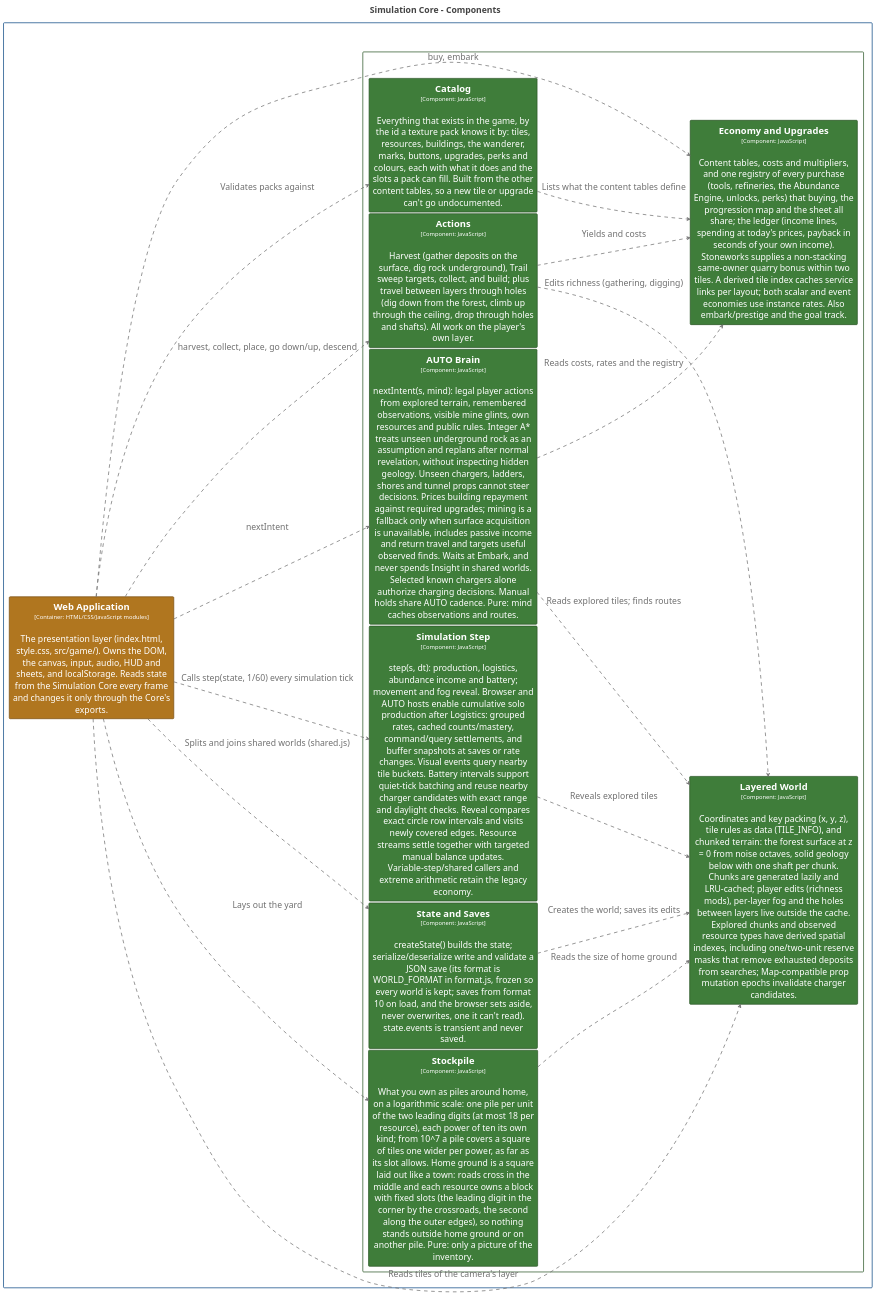
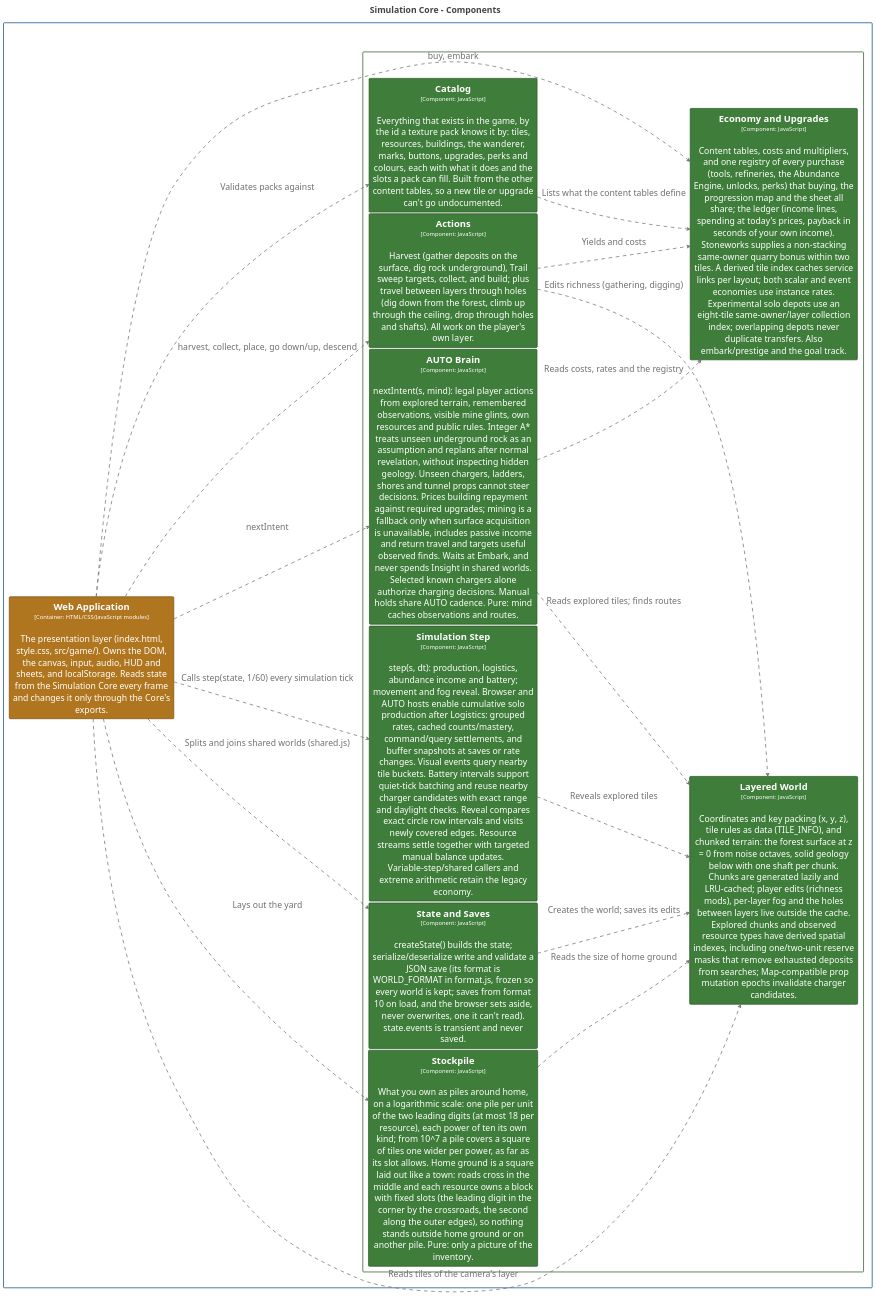
Before and after one commit to bitkojine/more-than-enough: the diagram in structurizr/diagrams/CoreComponents.puml, drawn with PlantUML. The commit also changed 45 other files, not shown here.

Commit message:
Prototype physical collection depots with indexed local hauling

```diff
--- a/structurizr/diagrams/CoreComponents.puml
+++ b/structurizr/diagrams/CoreComponents.puml
@@ -2,104 +2,104 @@
 @startuml
 title <size:24>Simulation Core - Components</size>
 
 set separator none
 left to right direction
 skinparam ranksep 20
 skinparam nodesep 5
 hide stereotype
 
 <style>
   root {
     BackgroundColor: #ffffff;
     FontColor: #444444;
   }
   // Element,Component,Core Engine
   .Element-RWxlbWVudCxDb21wb25lbnQsQ29yZSBFbmdpbmU= {
     BackgroundColor: #3f7d3a;
     LineColor: #2c5728;
     LineStyle: 0;
     LineThickness: 2;
     FontColor: #ffffff;
     FontSize: 24;
     HorizontalAlignment: center;
     Shadowing: 0;
     MaximumWidth: 450;
   }
   // Element,Container,Presentation
   .Element-RWxlbWVudCxDb250YWluZXIsUHJlc2VudGF0aW9u {
     BackgroundColor: #b0761f;
     LineColor: #7b5215;
     LineStyle: 0;
     LineThickness: 2;
     FontColor: #ffffff;
     FontSize: 24;
     HorizontalAlignment: center;
     Shadowing: 0;
     MaximumWidth: 450;
   }
   // Relationship
   .Relationship-UmVsYXRpb25zaGlw {
     LineThickness: 2;
     LineStyle: 10-10;
     LineColor: #707070;
     FontColor: #707070;
     FontSize: 24;
     MaximumWidth: 200;
   }
   // MORE THAN ENOUGH
   .Boundary-TU9SRSBUSEFOIEVOT1VHSA== {
     BackgroundColor: #ffffff;
     LineColor: #0b4884;
     LineStyle: 0;
     LineThickness: 2;
     FontColor: #ffffff;
     FontSize: 24;
     HorizontalAlignment: center;
     Shadowing: 0;
   }
   // Simulation Core
   .Boundary-U2ltdWxhdGlvbiBDb3Jl {
     BackgroundColor: #ffffff;
     LineColor: #2c5728;
     LineStyle: 0;
     LineThickness: 2;
     FontColor: #ffffff;
     FontSize: 24;
     HorizontalAlignment: center;
     Shadowing: 0;
   }
 </style>
 
 rectangle "MORE THAN ENOUGH\n<size:16>[Software System]</size>" <<Boundary-TU9SRSBUSEFOIEVOT1VHSA==>> {
   rectangle "Simulation Core\n<size:16>[Container: JavaScript modules (browser + Node)]</size>" <<Boundary-U2ltdWxhdGlvbiBDb3Jl>> {
     rectangle "==Layered World\n<size:16>[Component: JavaScript]</size>\n\nCoordinates and key packing (x, y, z), tile rules as data (TILE_INFO), and chunked terrain: the forest surface at z = 0 from noise octaves, solid geology below with one shaft per chunk. Chunks are generated lazily and LRU-cached; player edits (richness mods), per-layer fog and the holes between layers live outside the cache. Explored chunks and observed resource types have derived spatial indexes, including one/two-unit reserve masks that remove exhausted deposits from searches; Map-compatible prop mutation epochs invalidate charger candidates." <<Element-RWxlbWVudCxDb21wb25lbnQsQ29yZSBFbmdpbmU=>> as MORETHANENOUGH.SimulationCore.LayeredWorld
     rectangle "==State and Saves\n<size:16>[Component: JavaScript]</size>\n\ncreateState() builds the state; serialize/deserialize write and validate a JSON save (its format is WORLD_FORMAT in format.js, frozen so every world is kept; saves from format 10 on load, and the browser sets aside, never overwrites, one it can't read). state.events is transient and never saved." <<Element-RWxlbWVudCxDb21wb25lbnQsQ29yZSBFbmdpbmU=>> as MORETHANENOUGH.SimulationCore.StateandSaves
     rectangle "==Simulation Step\n<size:16>[Component: JavaScript]</size>\n\nstep(s, dt): production, logistics, abundance income and battery; movement and fog reveal. Browser and AUTO hosts enable cumulative solo production after Logistics: grouped rates, cached counts/mastery, command/query settlements, and buffer snapshots at saves or rate changes. Visual events query nearby tile buckets. Battery intervals support quiet-tick batching and reuse nearby charger candidates with exact range and daylight checks. Reveal compares exact circle row intervals and visits newly covered edges. Resource streams settle together with targeted manual balance updates. Variable-step/shared callers and extreme arithmetic retain the legacy economy." <<Element-RWxlbWVudCxDb21wb25lbnQsQ29yZSBFbmdpbmU=>> as MORETHANENOUGH.SimulationCore.SimulationStep
     rectangle "==Actions\n<size:16>[Component: JavaScript]</size>\n\nHarvest (gather deposits on the surface, dig rock underground), Trail sweep targets, collect, and build; plus travel between layers through holes (dig down from the forest, climb up through the ceiling, drop through holes and shafts). All work on the player's own layer." <<Element-RWxlbWVudCxDb21wb25lbnQsQ29yZSBFbmdpbmU=>> as MORETHANENOUGH.SimulationCore.Actions
     rectangle "==AUTO Brain\n<size:16>[Component: JavaScript]</size>\n\nnextIntent(s, mind): legal player actions from explored terrain, remembered observations, visible mine glints, own resources and public rules. Integer A* treats unseen underground rock as an assumption and replans after normal revelation, without inspecting hidden geology. Unseen chargers, ladders, shores and tunnel props cannot steer decisions. Prices building repayment against required upgrades; mining is a fallback only when surface acquisition is unavailable, includes passive income and return travel and targets useful observed finds. Waits at Embark, and never spends Insight in shared worlds. Selected known chargers alone authorize charging decisions. Manual holds share AUTO cadence. Pure: mind caches observations and routes." <<Element-RWxlbWVudCxDb21wb25lbnQsQ29yZSBFbmdpbmU=>> as MORETHANENOUGH.SimulationCore.AUTOBrain
     rectangle "==Stockpile\n<size:16>[Component: JavaScript]</size>\n\nWhat you own as piles around home, on a logarithmic scale: one pile per unit of the two leading digits (at most 18 per resource), each power of ten its own kind; from 10^7 a pile covers a square of tiles one wider per power, as far as its slot allows. Home ground is a square laid out like a town: roads cross in the middle and each resource owns a block with fixed slots (the leading digit in the corner by the crossroads, the second along the outer edges), so nothing stands outside home ground or on another pile. Pure: only a picture of the inventory." <<Element-RWxlbWVudCxDb21wb25lbnQsQ29yZSBFbmdpbmU=>> as MORETHANENOUGH.SimulationCore.Stockpile
     rectangle "==Catalog\n<size:16>[Component: JavaScript]</size>\n\nEverything that exists in the game, by the id a texture pack knows it by: tiles, resources, buildings, the wanderer, marks, buttons, upgrades, perks and colours, each with what it does and the slots a pack can fill. Built from the other content tables, so a new tile or upgrade can't go undocumented." <<Element-RWxlbWVudCxDb21wb25lbnQsQ29yZSBFbmdpbmU=>> as MORETHANENOUGH.SimulationCore.Catalog
-    rectangle "==Economy and Upgrades\n<size:16>[Component: JavaScript]</size>\n\nContent tables, costs and multipliers, and one registry of every purchase (tools, refineries, the Abundance Engine, unlocks, perks) that buying, the progression map and the sheet all share; the ledger (income lines, spending at today's prices, payback in seconds of your own income). Stoneworks supplies a non-stacking same-owner quarry bonus within two tiles. A derived tile index caches service links per layout; both scalar and event economies use instance rates. Also embark/prestige and the goal track." <<Element-RWxlbWVudCxDb21wb25lbnQsQ29yZSBFbmdpbmU=>> as MORETHANENOUGH.SimulationCore.EconomyandUpgrades
+    rectangle "==Economy and Upgrades\n<size:16>[Component: JavaScript]</size>\n\nContent tables, costs and multipliers, and one registry of every purchase (tools, refineries, the Abundance Engine, unlocks, perks) that buying, the progression map and the sheet all share; the ledger (income lines, spending at today's prices, payback in seconds of your own income). Stoneworks supplies a non-stacking same-owner quarry bonus within two tiles. A derived tile index caches service links per layout; both scalar and event economies use instance rates. Experimental solo depots use an eight-tile same-owner/layer collection index; overlapping depots never duplicate transfers. Also embark/prestige and the goal track." <<Element-RWxlbWVudCxDb21wb25lbnQsQ29yZSBFbmdpbmU=>> as MORETHANENOUGH.SimulationCore.EconomyandUpgrades
   }
 
   rectangle "==Web Application\n<size:16>[Container: HTML/CSS/JavaScript modules]</size>\n\nThe presentation layer (index.html, style.css, src/game/). Owns the DOM, the canvas, input, audio, HUD and sheets, and localStorage. Reads state from the Simulation Core every frame and changes it only through the Core's exports." <<Element-RWxlbWVudCxDb250YWluZXIsUHJlc2VudGF0aW9u>> as MORETHANENOUGH.WebApplication
 }
 
 MORETHANENOUGH.WebApplication --> MORETHANENOUGH.SimulationCore.Stockpile <<Relationship-UmVsYXRpb25zaGlw>> : "Lays out the yard"
 MORETHANENOUGH.SimulationCore.Stockpile --> MORETHANENOUGH.SimulationCore.LayeredWorld <<Relationship-UmVsYXRpb25zaGlw>> : "Reads the size of home ground"
 MORETHANENOUGH.WebApplication --> MORETHANENOUGH.SimulationCore.Catalog <<Relationship-UmVsYXRpb25zaGlw>> : "Validates packs against"
 MORETHANENOUGH.SimulationCore.Catalog --> MORETHANENOUGH.SimulationCore.EconomyandUpgrades <<Relationship-UmVsYXRpb25zaGlw>> : "Lists what the content tables define"
 MORETHANENOUGH.SimulationCore.SimulationStep --> MORETHANENOUGH.SimulationCore.LayeredWorld <<Relationship-UmVsYXRpb25zaGlw>> : "Reveals explored tiles"
 MORETHANENOUGH.SimulationCore.Actions --> MORETHANENOUGH.SimulationCore.LayeredWorld <<Relationship-UmVsYXRpb25zaGlw>> : "Edits richness (gathering, digging)"
 MORETHANENOUGH.SimulationCore.Actions --> MORETHANENOUGH.SimulationCore.EconomyandUpgrades <<Relationship-UmVsYXRpb25zaGlw>> : "Yields and costs"
 MORETHANENOUGH.SimulationCore.StateandSaves --> MORETHANENOUGH.SimulationCore.LayeredWorld <<Relationship-UmVsYXRpb25zaGlw>> : "Creates the world; saves its edits"
 MORETHANENOUGH.WebApplication --> MORETHANENOUGH.SimulationCore.StateandSaves <<Relationship-UmVsYXRpb25zaGlw>> : "Splits and joins shared worlds (shared.js)"
 MORETHANENOUGH.WebApplication --> MORETHANENOUGH.SimulationCore.AUTOBrain <<Relationship-UmVsYXRpb25zaGlw>> : "nextIntent"
 MORETHANENOUGH.SimulationCore.AUTOBrain --> MORETHANENOUGH.SimulationCore.LayeredWorld <<Relationship-UmVsYXRpb25zaGlw>> : "Reads explored tiles; finds routes"
 MORETHANENOUGH.SimulationCore.AUTOBrain --> MORETHANENOUGH.SimulationCore.EconomyandUpgrades <<Relationship-UmVsYXRpb25zaGlw>> : "Reads costs, rates and the registry"
 MORETHANENOUGH.WebApplication --> MORETHANENOUGH.SimulationCore.SimulationStep <<Relationship-UmVsYXRpb25zaGlw>> : "Calls step(state, 1/60) every simulation tick"
 MORETHANENOUGH.WebApplication --> MORETHANENOUGH.SimulationCore.Actions <<Relationship-UmVsYXRpb25zaGlw>> : "harvest, collect, place, go down/up, descend"
 MORETHANENOUGH.WebApplication --> MORETHANENOUGH.SimulationCore.EconomyandUpgrades <<Relationship-UmVsYXRpb25zaGlw>> : "buy, embark"
 MORETHANENOUGH.WebApplication --> MORETHANENOUGH.SimulationCore.LayeredWorld <<Relationship-UmVsYXRpb25zaGlw>> : "Reads tiles of the camera's layer"
 
 @enduml
```
